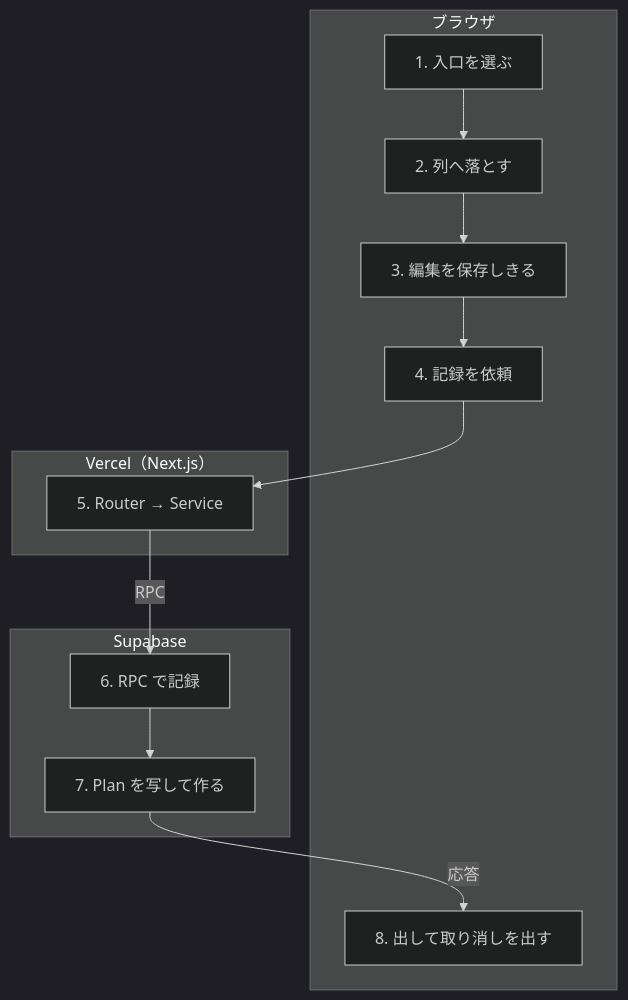
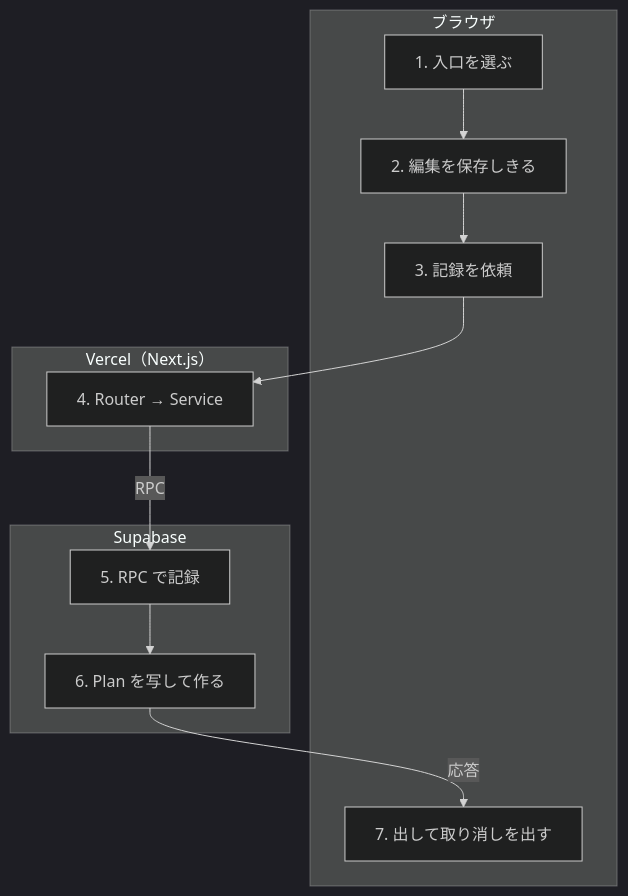
The diagram in docs/learn/journeys/record-plan.md (Dayopt/dayopt), drawn with Mermaid (dark theme) before and after one commit. The commit also changed other lines of this file and 4 other files, not shown here.

````diff
--- a/docs/learn/journeys/record-plan.md
+++ b/docs/learn/journeys/record-plan.md
@@ -12,24 +12,22 @@
 ```mermaid
 flowchart TD
   subgraph s_browser["ブラウザ"]
     n1["1. 入口を選ぶ"]
-    n2["2. 列へ落とす"]
-    n3["3. 編集を保存しきる"]
-    n4["4. 記録を依頼"]
-    n8["8. 出して取り消しを出す"]
+    n2["2. 編集を保存しきる"]
+    n3["3. 記録を依頼"]
+    n7["7. 出して取り消しを出す"]
   end
   subgraph s_vercel["Vercel（Next.js）"]
-    n5["5. Router → Service"]
+    n4["4. Router → Service"]
   end
   subgraph s_supabase["Supabase"]
-    n6["6. RPC で記録"]
-    n7["7. Plan を写して作る"]
+    n5["5. RPC で記録"]
+    n6["6. Plan を写して作る"]
   end
   n1 --> n2
   n2 --> n3
   n3 --> n4
-  n4 --> n5
-  n5 -->|"RPC"| n6
-  n6 --> n7
-  n7 -->|"応答"| n8
+  n4 -->|"RPC"| n5
+  n5 --> n6
+  n6 -->|"応答"| n7
 ```
````
